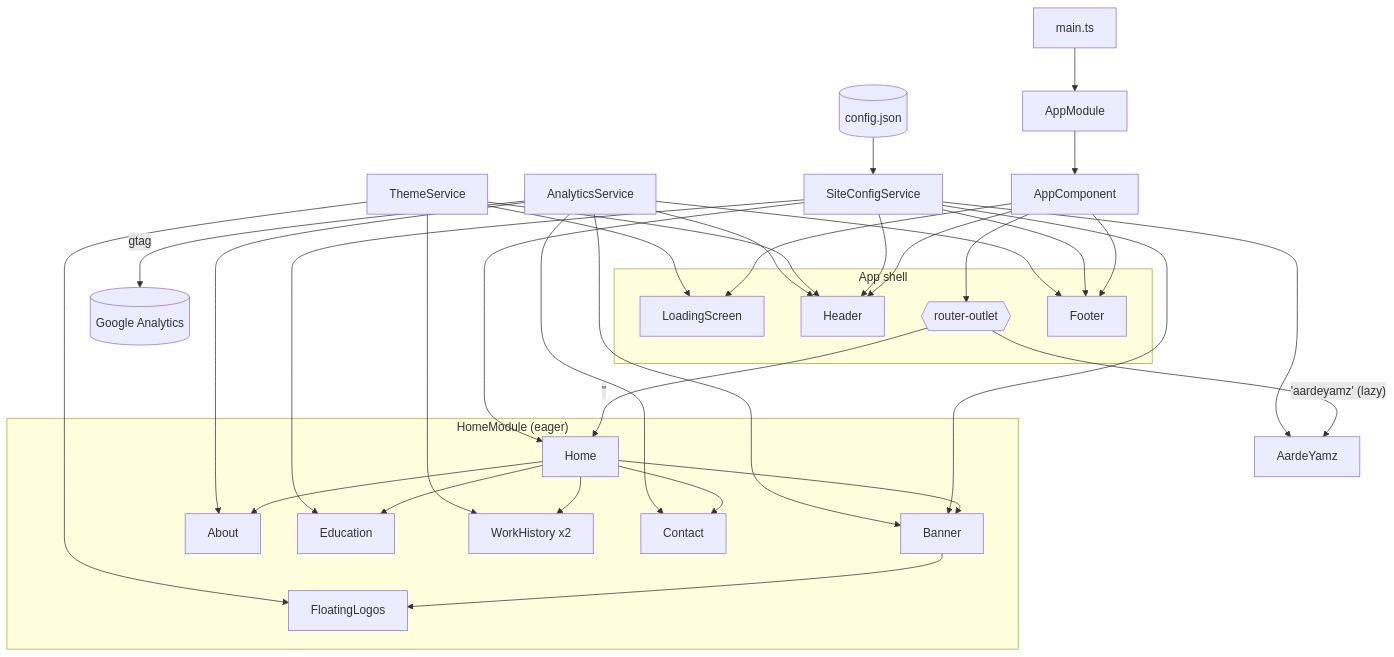
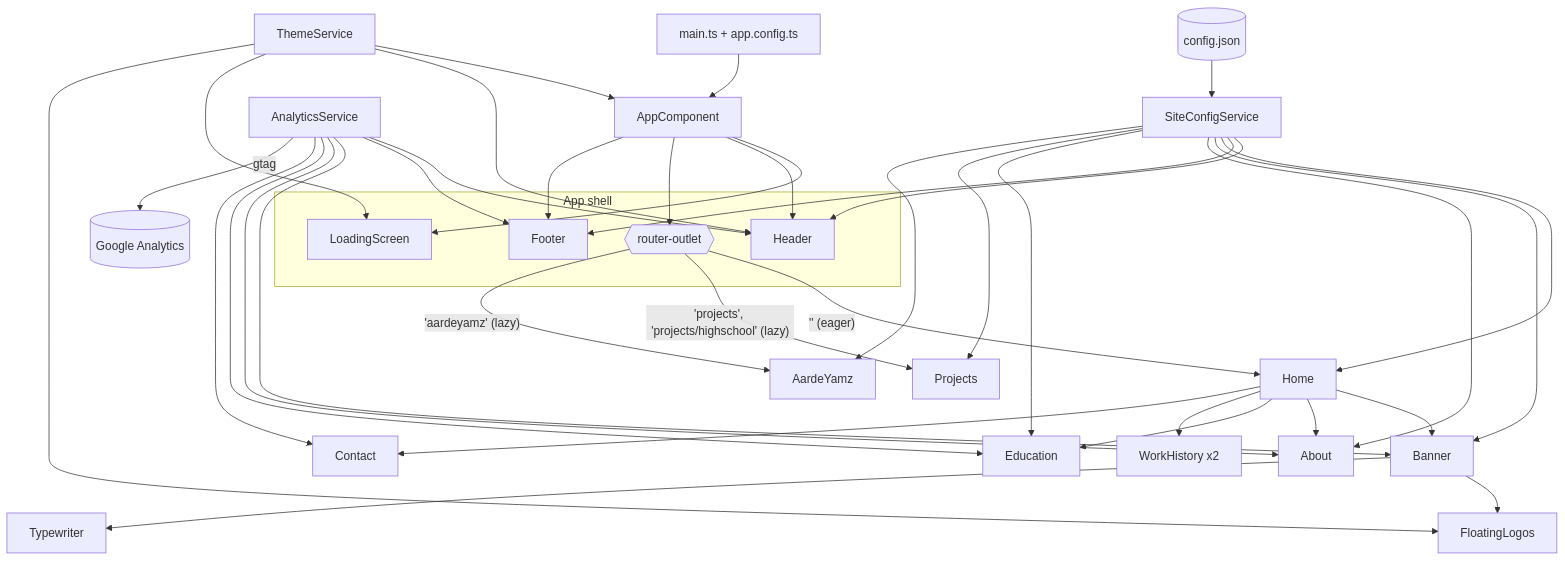
Before and after one commit to AardeYamz/v3.yannislam.org: the first of 3 diagrams in README.md, drawn with Mermaid. The commit also changed other lines of this file and 14 other files, not shown here.

````diff
--- a/README.md
+++ b/README.md
@@ -82,28 +101,27 @@
 ```mermaid
 flowchart TB
-    Main["main.ts"] --> AppModule --> App["AppComponent"]
+    Main["main.ts + app.config.ts"] --> App["AppComponent"]
 
     subgraph Shell["App shell"]
         Loading["LoadingScreen"]
         Header
         Outlet{{"router-outlet"}}
         Footer
     end
     App --> Loading & Header & Outlet & Footer
 
-    Outlet -->|"''"| Home
+    Outlet -->|"'' (eager)"| Home
+    Outlet -->|"'projects', 'projects/highschool' (lazy)"| Projects
     Outlet -->|"'aardeyamz' (lazy)"| AardeYamz
 
-    subgraph HomeModule["HomeModule (eager)"]
-        Home --> Banner & About & Education & Work["WorkHistory x2"] & Contact
-        Banner --> Floating["FloatingLogos"]
-    end
+    Home --> Banner & About & Education & Work["WorkHistory x2"] & Contact
+    Banner --> Floating["FloatingLogos"] & Typewriter
 
     Config[("config.json")] --> SiteConfig["SiteConfigService"]
-    SiteConfig --> Header & Footer & Banner & Home & Education & AardeYamz
+    SiteConfig --> Header & Footer & Home & Banner & About & Education & Projects & AardeYamz
 
-    Theme["ThemeService"] --> Header & Loading & Floating & Work
+    Theme["ThemeService"] --> App & Header & Loading & Floating
 
-    Analytics["AnalyticsService"] --> Header & Banner & About & Footer & Contact
+    Analytics["AnalyticsService"] --> Header & Footer & Banner & About & Education & Contact
     Analytics -->|"gtag"| GA[("Google Analytics")]
 ```
````
